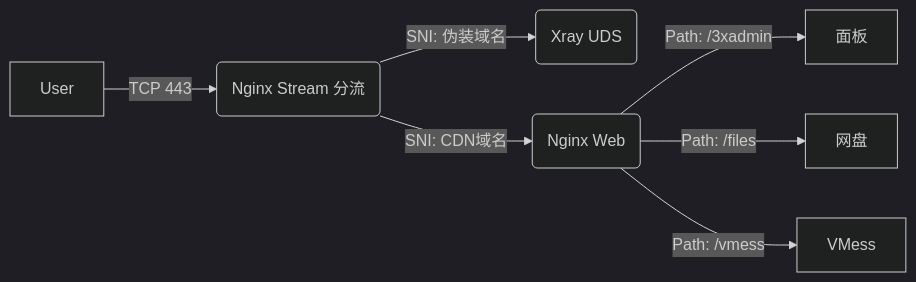
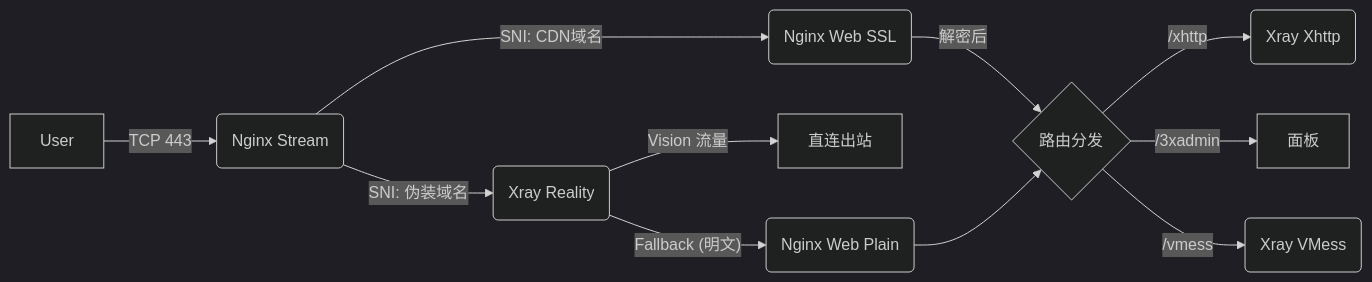
The third of 3 diagrams in docker/sb-xray/docs/traffic-flow.md (currycan/key), drawn with Mermaid (dark theme) before and after one commit. The commit also changed other lines of this file and 4 other files, not shown here.

````diff
--- a/docker/sb-xray/docs/traffic-flow.md
+++ b/docker/sb-xray/docs/traffic-flow.md
@@ -163,9 +185,20 @@
 ```mermaid
 graph LR
-    User -->|TCP 443| NginxStream(Nginx Stream 分流)
-    NginxStream -- "SNI: 伪装域名" --> Xray(Xray UDS)
-    NginxStream -- "SNI: CDN域名" --> NginxWeb(Nginx Web)
-    NginxWeb -- "Path: /3xadmin" --> XUI[面板]
-    NginxWeb -- "Path: /files" --> Dufs[网盘]
-    NginxWeb -- "Path: /vmess" --> XrayVMess[VMess]
+    User -->|TCP 443| Stream(Nginx Stream)
+
+    %% 第一层分流
+    Stream -- "SNI: 伪装域名" --> Reality(Xray Reality)
+    Stream -- "SNI: CDN域名" --> WebSSL(Nginx Web SSL)
+
+    %% Reality 回落机制
+    Reality -- "Vision 流量" --> Out1[直连出站]
+    Reality -- "Fallback (明文)" --> WebPlain(Nginx Web Plain)
+
+    %% Nginx Web 路由
+    WebSSL -- "解密后" --> AppRoute{路由分发}
+    WebPlain --> AppRoute
+
+    AppRoute -- "/xhttp" --> Xhttp(Xray Xhttp)
+    AppRoute -- "/3xadmin" --> Panel[面板]
+    AppRoute -- "/vmess" --> VMess(Xray VMess)
 ```
````
